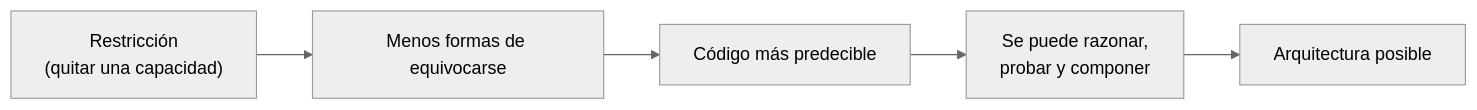
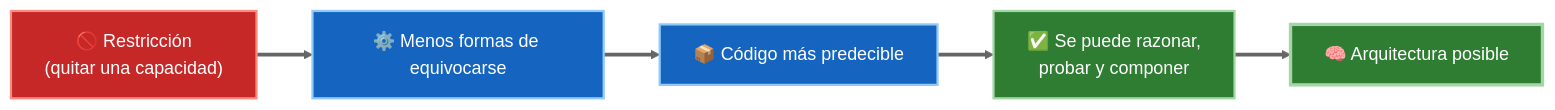
Before and after one commit to JavierMachucaA/clean-architecture-guia: the second of 3 diagrams in 02-paradigmas-de-programacion/04-por-que-quitan-capacidades.md, drawn with Mermaid (neutral theme). The commit also changed other lines of this file and 45 other files, not shown here.

````diff
--- a/02-paradigmas-de-programacion/04-por-que-quitan-capacidades.md
+++ b/02-paradigmas-de-programacion/04-por-que-quitan-capacidades.md
@@ -39,7 +46,13 @@
 ```mermaid
 flowchart LR
-    R["Restricción<br/>(quitar una capacidad)"] --> M["Menos formas de equivocarse"]
-    M --> P["Código más predecible"]
-    P --> A["Se puede razonar,<br/>probar y componer"]
-    A --> ARQ["Arquitectura posible"]
+    R["🚫 Restricción<br/>(quitar una capacidad)"] ==> M["⚙️ Menos formas de equivocarse"]
+    M ==> P["📦 Código más predecible"]
+    P ==> A["✅ Se puede razonar,<br/>probar y componer"]
+    A ==> ARQ["🧠 Arquitectura posible"]
+
+    style R fill:#c62828,stroke:#ff8a80,color:#fff,stroke-width:2px
+    style M fill:#1565c0,stroke:#90caf9,color:#fff,stroke-width:2px
+    style P fill:#1565c0,stroke:#90caf9,color:#fff,stroke-width:2px
+    style A fill:#2e7d32,stroke:#a5d6a7,color:#fff,stroke-width:2px
+    style ARQ fill:#2e7d32,stroke:#a5d6a7,color:#fff,stroke-width:3px
 ```
````
